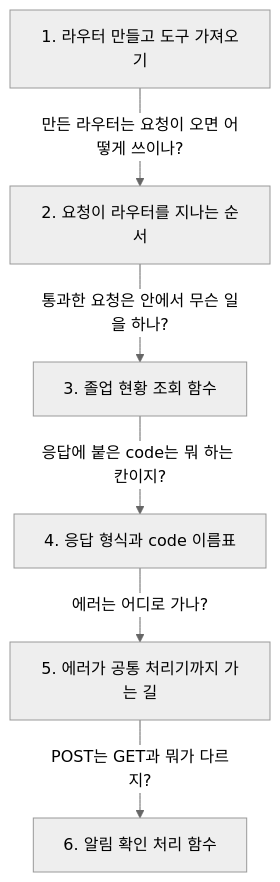
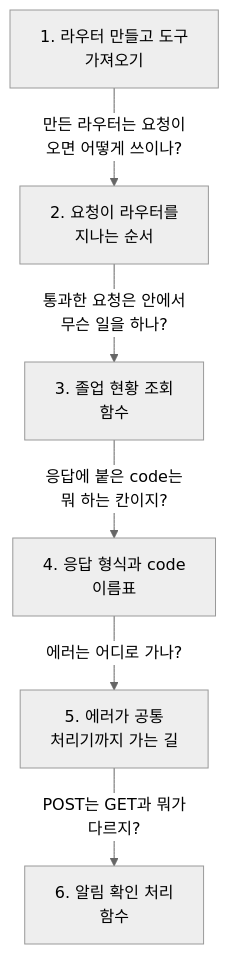
The first of 2 diagrams in 2026/November/11-05.md (ChildrenAon/TIL), drawn with Mermaid (neutral theme) before and after one commit. The commit also changed other lines of this file and 5 other files, not shown here.

````diff
--- a/2026/November/11-05.md
+++ b/2026/November/11-05.md
@@ -20,8 +20,8 @@
 ```mermaid
 flowchart TD
-  A["1. 라우터 만들고 도구 가져오기"] -->|"만든 라우터는 요청이 오면 어떻게 쓰이나?"| B["2. 요청이 라우터를 지나는 순서"]
-  B -->|"통과한 요청은 안에서 무슨 일을 하나?"| C["3. 졸업 현황 조회 함수"]
-  C -->|"응답에 붙은 code는 뭐 하는 칸이지?"| D["4. 응답 형식과 code 이름표"]
-  D -->|"에러는 어디로 가나?"| E["5. 에러가 공통 처리기까지 가는 길"]
-  E -->|"POST는 GET과 뭐가 다르지?"| F["6. 알림 확인 처리 함수"]
+  A["1. 라우터 만들고 도구<br/>가져오기"] -->|"만든 라우터는 요청이<br/>오면 어떻게 쓰이나?"| B["2. 요청이 라우터를<br/>지나는 순서"]
+  B -->|"통과한 요청은 안에서<br/>무슨 일을 하나?"| C["3. 졸업 현황 조회<br/>함수"]
+  C -->|"응답에 붙은 code는<br/>뭐 하는 칸이지?"| D["4. 응답 형식과 code<br/>이름표"]
+  D -->|"에러는 어디로 가나?"| E["5. 에러가 공통<br/>처리기까지 가는 길"]
+  E -->|"POST는 GET과 뭐가<br/>다르지?"| F["6. 알림 확인 처리<br/>함수"]
 ```
````
